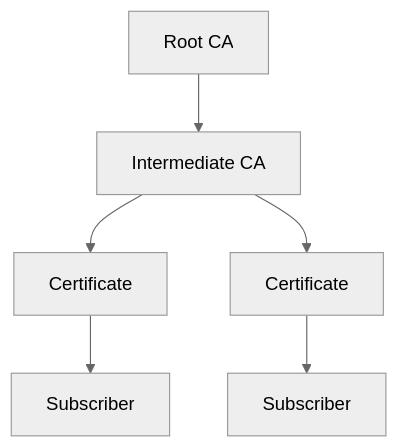
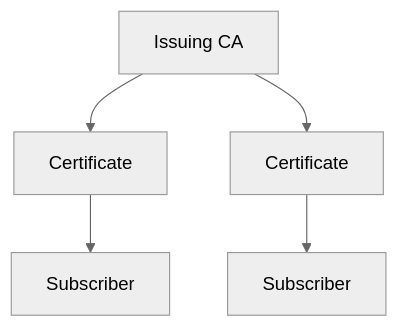
One commit to Infisical/infisical changed the diagram in docs/documentation/platform/pki/subscribers.mdx. Above: the diagram before and after it, drawn with Mermaid (neutral theme). The commit also changed other lines of this file and 13 other files, not shown here.

````diff
--- a/docs/documentation/platform/pki/subscribers.mdx
+++ b/docs/documentation/platform/pki/subscribers.mdx
@@ -13,8 +13,7 @@
 ```mermaid
 graph TD
-    A[Root CA] --> B[Intermediate CA]
-    B --> C1[Certificate]
+A[Issuing CA] --> C1[Certificate]
     C1 --> S1[Subscriber]
-    B --> C2[Certificate]
+    A --> C2[Certificate]
     C2 --> S2[Subscriber]
 ```
````
